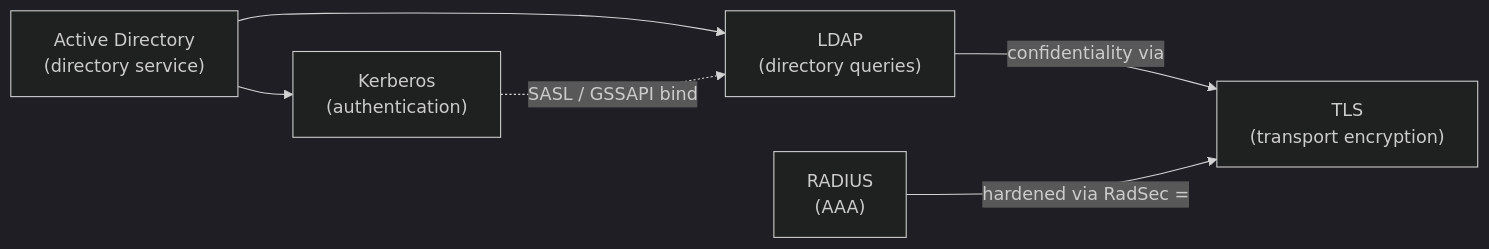
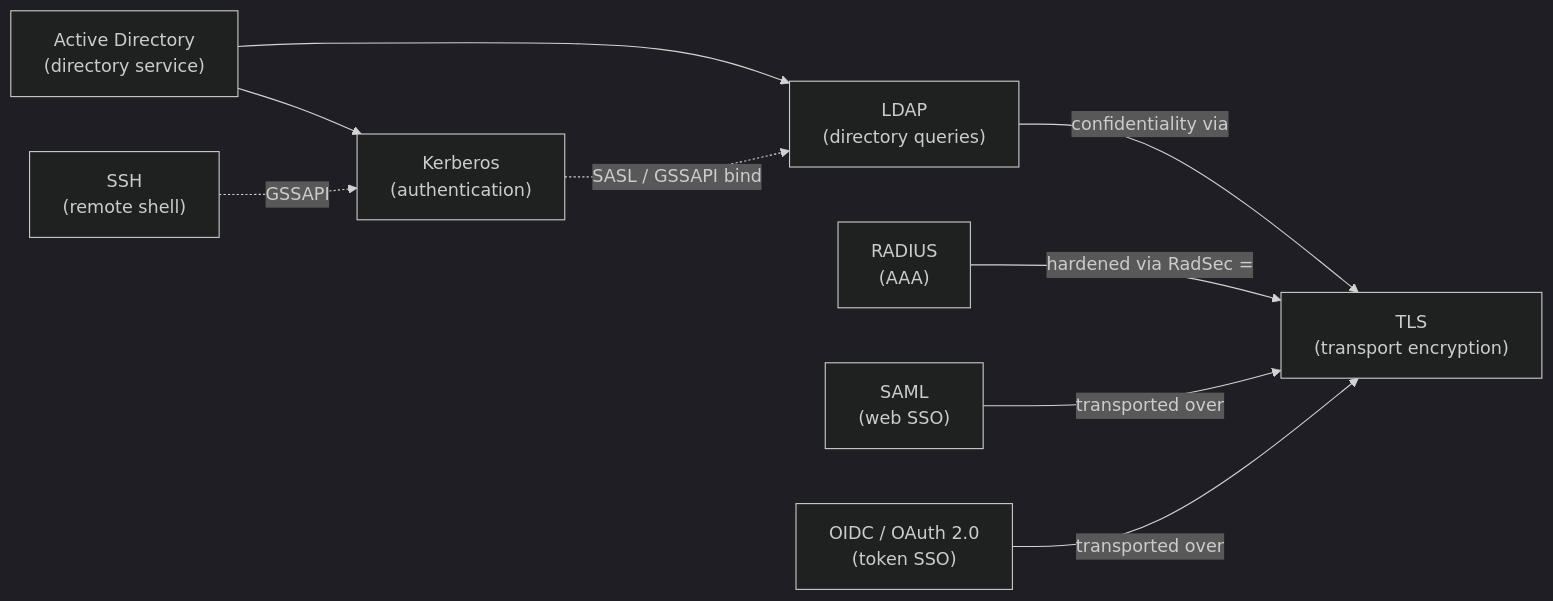
The diagram in protocols/README.md (morandeirachema/WallixCerts), drawn with Mermaid (dark theme) before and after one commit. The commit also changed other lines of this file and 19 other files, not shown here.

````diff
--- a/protocols/README.md
+++ b/protocols/README.md
@@ -24,8 +27,11 @@
 ```mermaid
 flowchart LR
     AD["Active Directory<br/>(directory service)"] --> KRB["Kerberos<br/>(authentication)"]
     AD --> LDAP["LDAP<br/>(directory queries)"]
     LDAP -->|"confidentiality via"| TLS["TLS<br/>(transport encryption)"]
     RADIUS["RADIUS<br/>(AAA)"] -->|"hardened via RadSec ="| TLS
     KRB -.->|"SASL / GSSAPI bind"| LDAP
+    SSH["SSH<br/>(remote shell)"] -.->|"GSSAPI"| KRB
+    SAML["SAML<br/>(web SSO)"] -->|"transported over"| TLS
+    OIDC["OIDC / OAuth 2.0<br/>(token SSO)"] -->|"transported over"| TLS
 ```
````
